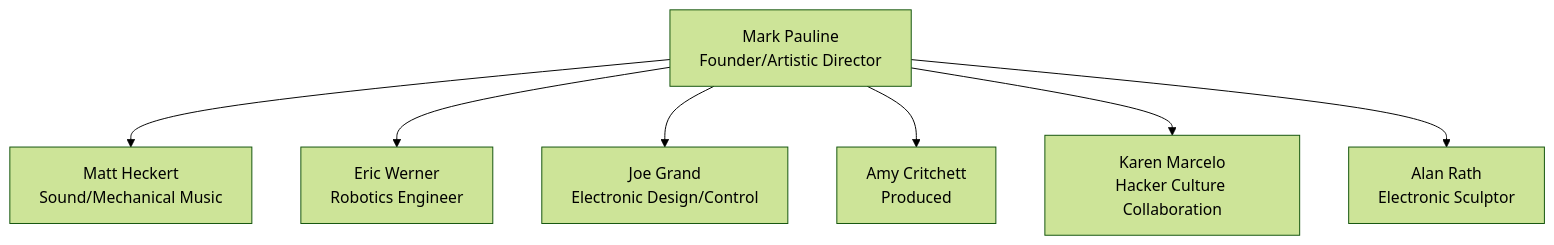
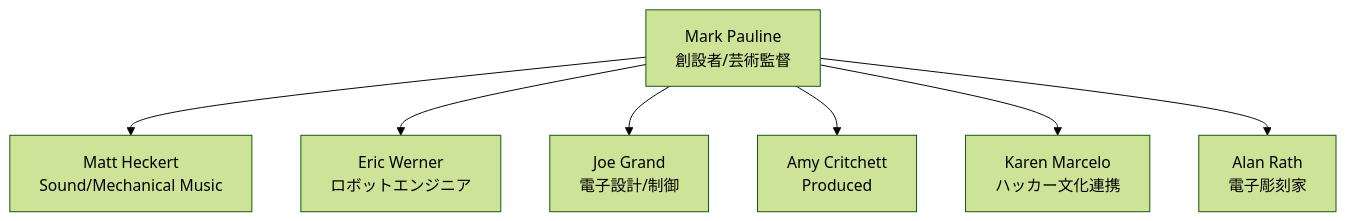
One commit to monumental-movement/monumental-movement.github.io changed the diagram in en/_posts/2025-10-01-Column-Survival-Research-Laboratories.md. Above: the diagram before and after it, drawn with Mermaid (forest theme). The commit also changed other lines of this file and 2196 other files, not shown here.

```diff
--- a/en/_posts/2025-10-01-Column-Survival-Research-Laboratories.md
+++ b/en/_posts/2025-10-01-Column-Survival-Research-Laboratories.md
@@ -109,9 +109,9 @@
 <div class="mermaid">
 flowchart TD
-    A[Mark Pauline<br>Founder/Artistic Director] --> B[Matt Heckert<br>Sound/Mechanical Music]
-    A --> C[Eric Werner<br>Robotics Engineer]
-    A --> D[Joe Grand<br>Electronic Design/Control]
+    A[Mark Pauline<br>創設者/芸術監督] --> B[Matt Heckert<br>Sound/Mechanical Music]
+    A --> C[Eric Werner<br>ロボットエンジニア]
+    A --> D[Joe Grand<br>電子設計/制御]
     A --> E[Amy Critchett<br>Produced]
-    A --> F[Karen Marcelo<br>Hacker Culture Collaboration]
-    A --> G[Alan Rath<br>Electronic Sculptor]
+    A --> F[Karen Marcelo<br>ハッカー文化連携]
+    A --> G[Alan Rath<br>電子彫刻家]
 </div>
```
